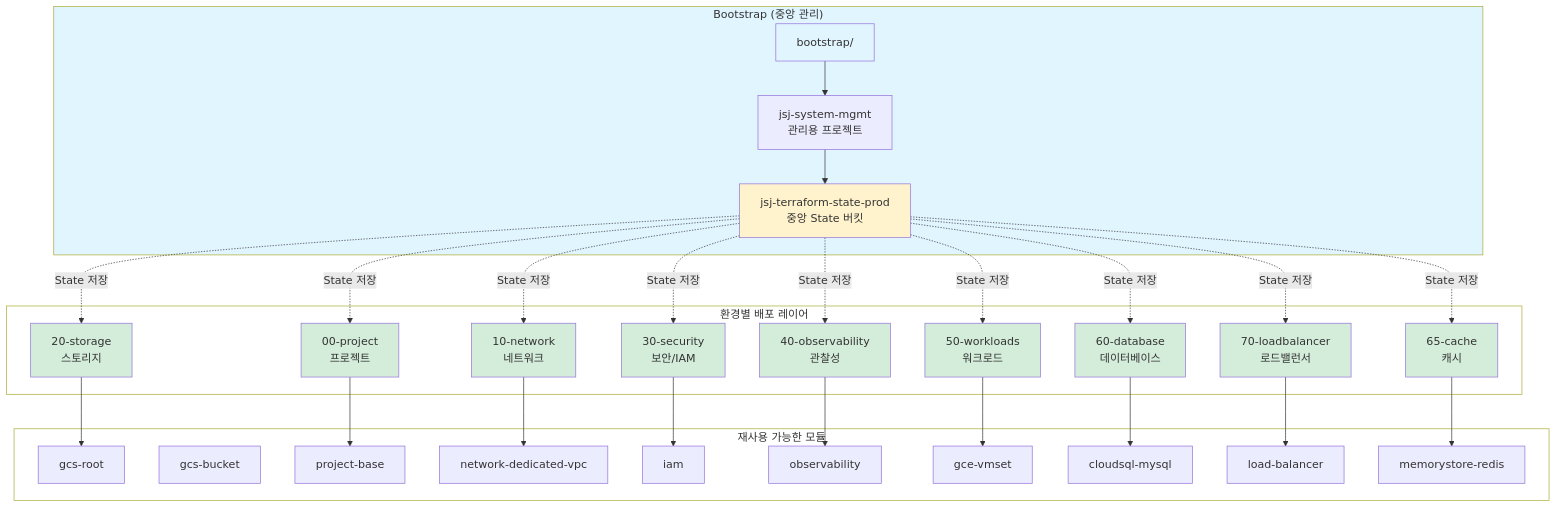
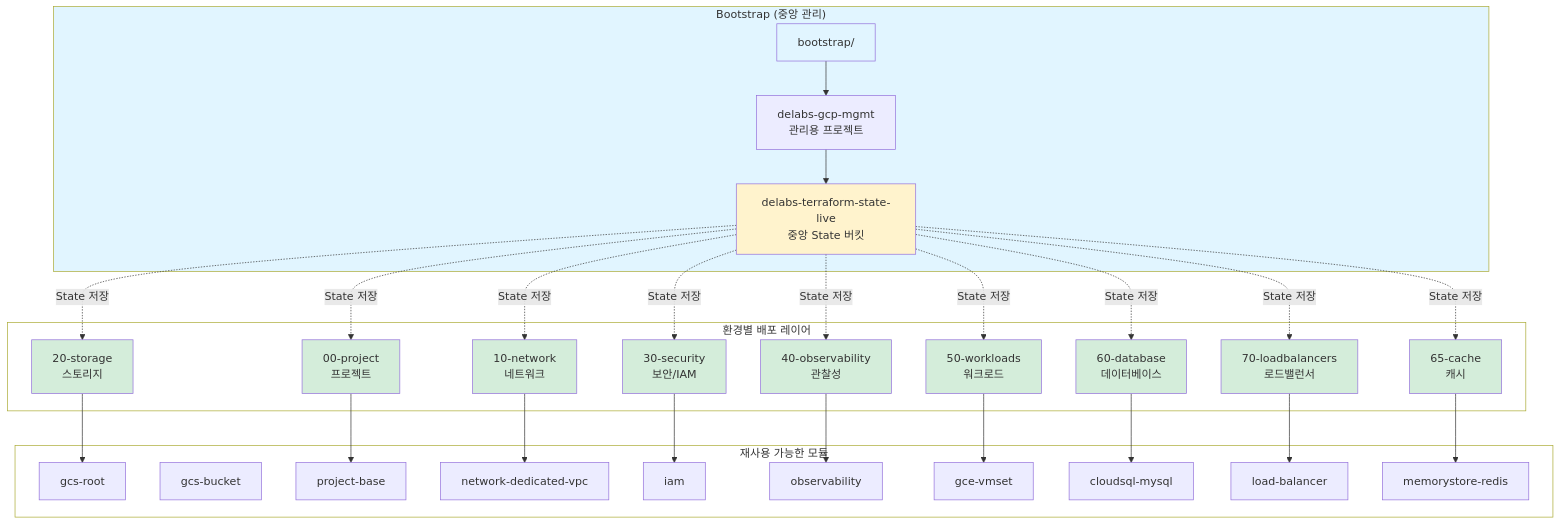
One commit to JSJ2337/GCP_terraform_code changed the first of 9 diagrams in terraform_gcp_infra/docs/architecture/diagrams.md. Above: the diagram before and after it, drawn with Mermaid. The commit also changed other lines of this file and 24 other files, not shown here.

````diff
--- a/terraform_gcp_infra/docs/architecture/diagrams.md
+++ b/terraform_gcp_infra/docs/architecture/diagrams.md
@@ -18,71 +18,71 @@
 ```mermaid
 %%{init: {'theme': 'default'}}%%
 graph TB
     subgraph Bootstrap["Bootstrap (중앙 관리)"]
         B[bootstrap/]
-        B_PROJ[jsj-system-mgmt<br/>관리용 프로젝트]
-        B_BUCKET[jsj-terraform-state-prod<br/>중앙 State 버킷]
+        B_PROJ[delabs-gcp-mgmt<br/>관리용 프로젝트]
+        B_BUCKET[delabs-terraform-state-live<br/>중앙 State 버킷]
         B --> B_PROJ
         B_PROJ --> B_BUCKET
     end
 
     subgraph Modules["재사용 가능한 모듈"]
         M1[gcs-root]
         M2[gcs-bucket]
         M3[project-base]
         M4[network-dedicated-vpc]
         M5[iam]
         M6[observability]
         M7[gce-vmset]
         M8[cloudsql-mysql]
         M9[load-balancer]
         M10[memorystore-redis]
     end
 
     subgraph Layers["환경별 배포 레이어"]
         E0[00-project<br/>프로젝트]
         E1[10-network<br/>네트워크]
         E2[20-storage<br/>스토리지]
         E3[30-security<br/>보안/IAM]
         E4[40-observability<br/>관찰성]
         E5[50-workloads<br/>워크로드]
         E6[60-database<br/>데이터베이스]
         E7[65-cache<br/>캐시]
-        E8[70-loadbalancer<br/>로드밸런서]
+        E8[70-loadbalancers<br/>로드밸런서]
     end
 
     B_BUCKET -.State 저장.-> E0
     B_BUCKET -.State 저장.-> E1
     B_BUCKET -.State 저장.-> E2
     B_BUCKET -.State 저장.-> E3
     B_BUCKET -.State 저장.-> E4
     B_BUCKET -.State 저장.-> E5
     B_BUCKET -.State 저장.-> E6
     B_BUCKET -.State 저장.-> E7
     B_BUCKET -.State 저장.-> E8
 
     E0 --> M3
     E1 --> M4
     E2 --> M1
     E3 --> M5
     E4 --> M6
     E5 --> M7
     E6 --> M8
     E7 --> M10
     E8 --> M9
 
     style Bootstrap fill:#e1f5ff
     style Modules fill:#ffffff
     style Layers fill:#ffffff
     style B fill:#e1f5ff
     style B_BUCKET fill:#fff3cd
     style E0 fill:#d4edda
     style E1 fill:#d4edda
     style E2 fill:#d4edda
     style E3 fill:#d4edda
     style E4 fill:#d4edda
     style E5 fill:#d4edda
     style E6 fill:#d4edda
     style E7 fill:#d4edda
     style E8 fill:#d4edda
 ```
````
